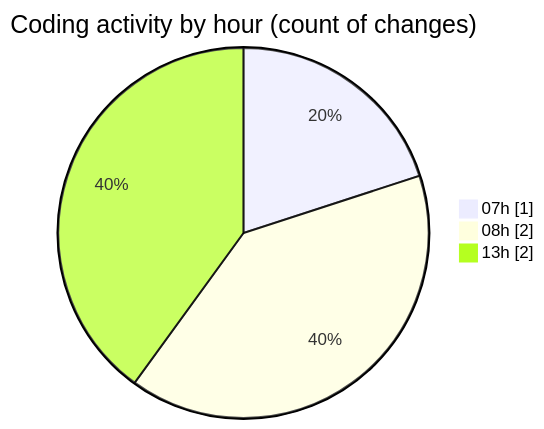
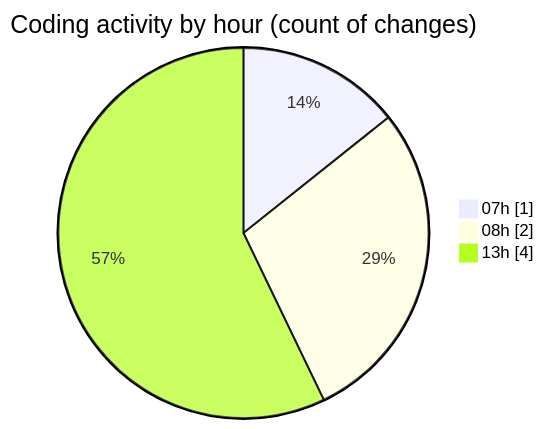
Before and after one commit to vahidmafi/code-tracking: the second of 2 diagrams in 2025-01-24/zeytoon/README.md, drawn with Mermaid. The commit also changed other lines of this file and 1 other file, not shown here.

````diff
--- a/2025-01-24/zeytoon/README.md
+++ b/2025-01-24/zeytoon/README.md
@@ -31,7 +32,7 @@
 ```mermaid
 pie showData
 title Coding activity by hour (count of changes)
 "07h" : 1
 "08h" : 2
-"13h" : 2
+"13h" : 4
 ```
````
